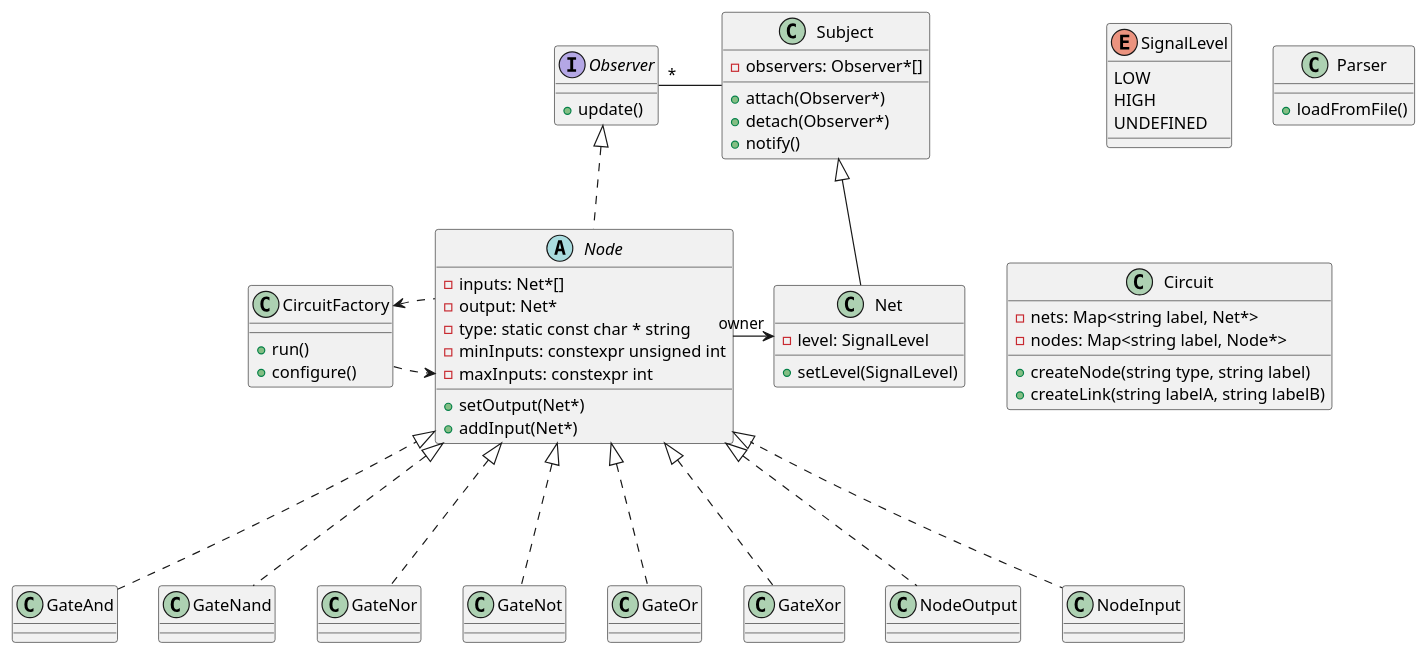
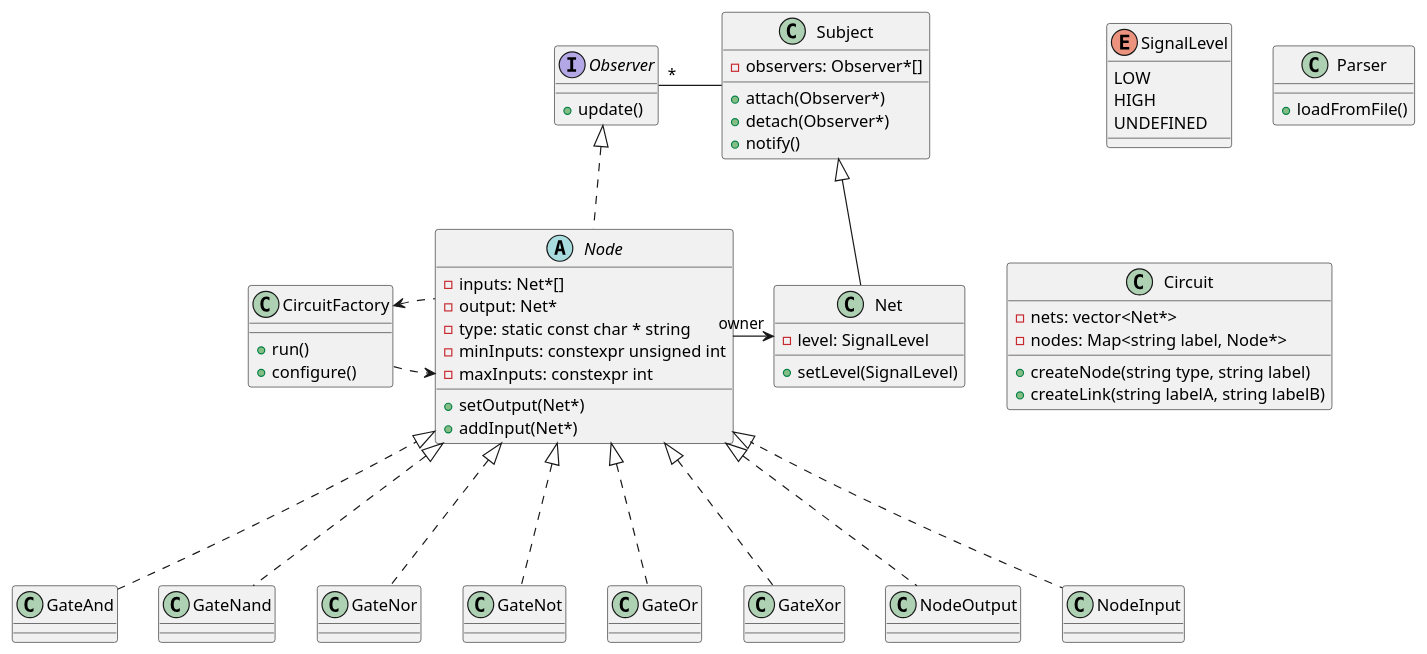
Before and after one commit to lonkaars/depa: the diagram in docs/class-diag.puml, drawn with PlantUML. The commit also changed 6 other files, not shown here.

```diff
--- a/docs/class-diag.puml
+++ b/docs/class-diag.puml
@@ -1,78 +1,78 @@
 @startuml
 
 abstract class Node { /' (also ConcreteObserver) '/
 	+ setOutput(Net*)
 	+ addInput(Net*)
 	- inputs: Net*[]
 	- output: Net*
 	- type: static const char * string
 	- minInputs: constexpr unsigned int
 	- maxInputs: constexpr int
 }
 class Net { /' (also ConcreteSubject) '/
 	- level: SignalLevel
 	+ setLevel(SignalLevel)
 	' only call notify when setLevel actually changes the level!!!!!!!
 }
 
 class Subject {
 	- observers: Observer*[]
 	+ attach(Observer*)
 	+ detach(Observer*)
 	+ notify()
 }
 interface Observer {
 	+ update()
 }
 
 class GateAnd
 class GateNand
 class GateNor
 class GateNot
 class GateOr
 class GateXor
 class NodeOutput
 class NodeInput
 
 enum SignalLevel {
   LOW
 	HIGH
 	UNDEFINED
 }
 
 Node <|-[dashed]-- GateAnd
 Node <|-[dashed]-- GateNand
 Node <|-[dashed]-- GateNor
 Node <|-[dashed]-- GateNot
 Node <|-[dashed]-- GateOr
 Node <|-[dashed]-- GateXor
 Node <|-[dashed]-- NodeOutput
 Node <|-[dashed]-- NodeInput
 
 Subject <|-- Net
 Observer <|-[dashed]- Node
 Node -> "owner" Net
 Observer "*" - Subject
 
 class Parser {
 	+ loadFromFile()
 }
 
 class CircuitFactory {
 	+ run()
 	+ configure()
 }
 
 class Circuit {
 	+ createNode(string type, string label)
 	+ createLink(string labelA, string labelB)
 
-	- nets: Map<string label, Net*>
+	- nets: vector<Net*>
 	- nodes: Map<string label, Node*>
 }
 
 CircuitFactory -[dashed]> Node
 CircuitFactory <-[dashed]- Node
 
 
 @enduml
```
